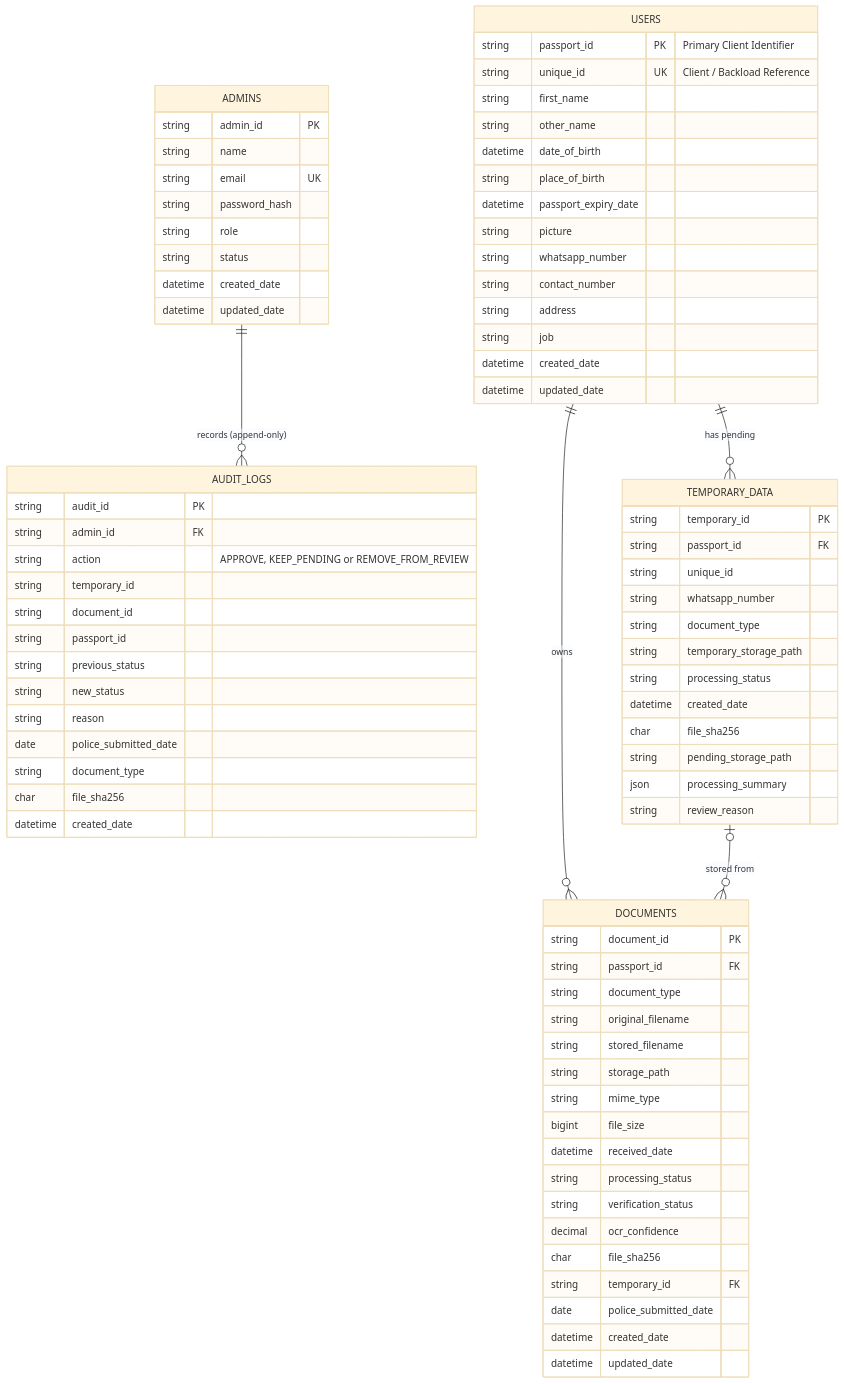
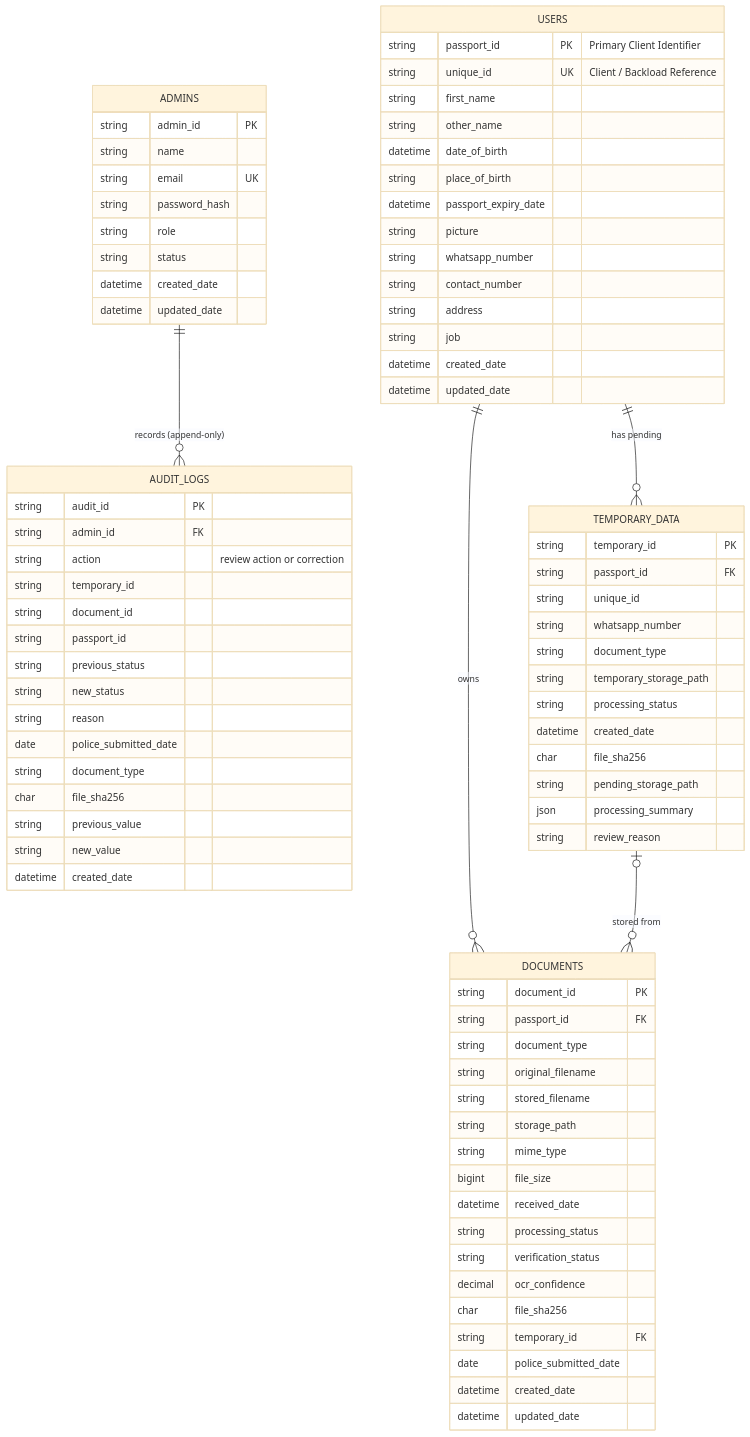
One commit to emlynk-pixel/EmlynkWABot changed the fourth of 4 diagrams in README.md. Above: the diagram before and after it, drawn with Mermaid (base theme). The commit also changed other lines of this file and 59 other files, not shown here.

```diff
--- a/README.md
+++ b/README.md
@@ -254,7 +254,7 @@
     AUDIT_LOGS {
         string audit_id PK
         string admin_id FK
-        string action "APPROVE, KEEP_PENDING or REMOVE_FROM_REVIEW"
+        string action "review action or correction"
         string temporary_id
         string document_id
         string passport_id
@@ -264,6 +264,8 @@
         date police_submitted_date
         string document_type
         char file_sha256
+        string previous_value
+        string new_value
         datetime created_date
     }
 
```
